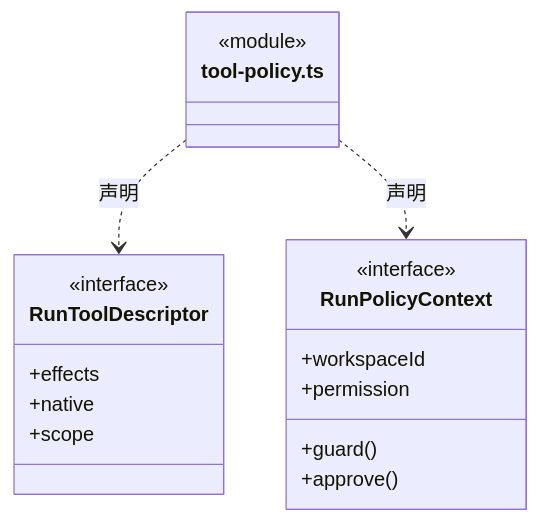
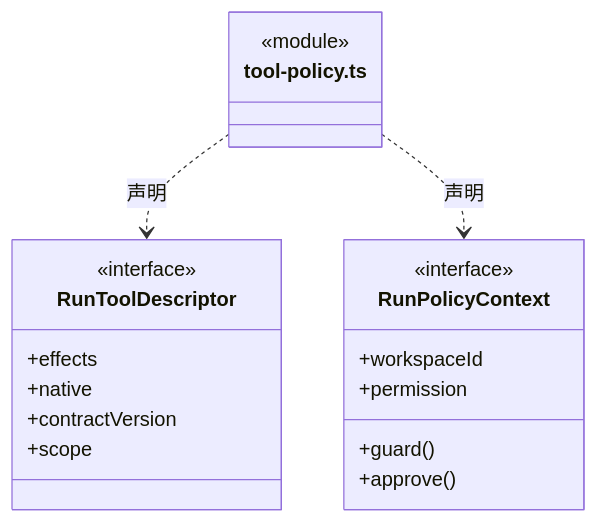
Before and after one commit to nan023062/cbim: the second of 4 diagrams in src/backend/core/policy/ARCHITECTURE.md, drawn with Mermaid. The commit also changed other lines of this file and 36 other files, not shown here.

````diff
--- a/src/backend/core/policy/ARCHITECTURE.md
+++ b/src/backend/core/policy/ARCHITECTURE.md
@@ -28,21 +28,22 @@
 ```mermaid
 classDiagram
 class N_src_backend_core_policy_tool_policy_ts["tool-policy.ts"] {
   <<module>>
 }
 class N_src_backend_core_policy_tool_policy_ts_RunToolDescriptor["RunToolDescriptor"] {
   <<interface>>
   +effects
   +native
+  +contractVersion
   +scope
 }
 N_src_backend_core_policy_tool_policy_ts ..> N_src_backend_core_policy_tool_policy_ts_RunToolDescriptor : 声明
 class N_src_backend_core_policy_tool_policy_ts_RunPolicyContext["RunPolicyContext"] {
   <<interface>>
   +workspaceId
   +permission
   +guard()
   +approve()
 }
 N_src_backend_core_policy_tool_policy_ts ..> N_src_backend_core_policy_tool_policy_ts_RunPolicyContext : 声明
 ```
````
